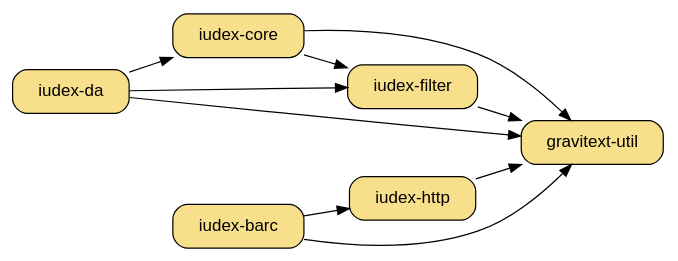
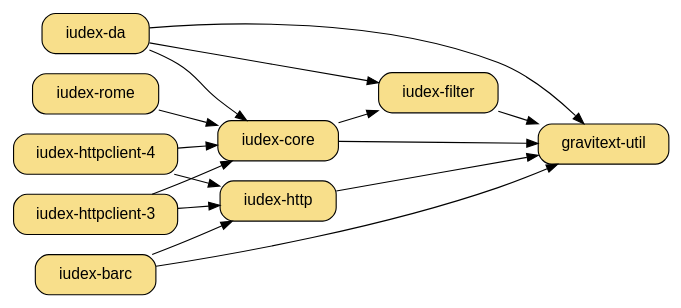
The diagram in www/_dot/iudex.dot (dekellum/iudex), drawn with Graphviz before and after one commit. The commit also changed 2 other files, not shown here.

```diff
--- a/www/_dot/iudex.dot
+++ b/www/_dot/iudex.dot
@@ -1,40 +1,48 @@
 digraph "iudex-gems" {
   rankdir=LR
   size="5.5,5";
   bgcolor="transparent";
   node [ shape=box, style="filled,rounded", fillcolor="#f8df8b",
          fontname="Arial",  margin="0.30,0.1" ];
 
-  "iudex-da" [ target=_parent, URL="../iudex-da.html" ];
-
   "iudex-filter" -> "gravitext-util"
-  "iudex-http"   -> "gravitext-util"
-  "iudex-barc"   -> "gravitext-util"
   "iudex-core"   -> "gravitext-util"
   "iudex-da"     -> "gravitext-util"
 
+  "iudex-da" [ target=_parent, URL="../iudex-da.html" ];
+
+  "iudex-rome" -> "iudex-core"
+
+  "iudex-http"   -> "gravitext-util"
+  "iudex-barc"   -> "gravitext-util"
   "iudex-barc" -> "iudex-http"
+
+  "iudex-httpclient-3" -> "iudex-core"
+  "iudex-httpclient-4" -> "iudex-core"
+
+  "iudex-httpclient-3" -> "iudex-http"
+  "iudex-httpclient-4" -> "iudex-http"
 
   "iudex-core" -> "iudex-filter"
 
   "iudex-da" -> "iudex-filter"
   "iudex-da" -> "iudex-core"
 
 #  "iudex-filter" -> "rjack-slf4j"
 #  "iudex-filter" -> "rjack-logback"
 #  "iudex-http" -> "rjack-slf4j"
 #  "iudex-barc" -> "rjack-slf4j"
 #  "iudex-core" -> "rjack-slf4j"
 #  "iudex-core" -> "rjack-logback"
 #  "iudex-da" -> "rjack-slf4j"
 
 #  "rjack-httpclient" -> "rjack-commons-codec";
 #  "rjack-httpclient" -> "rjack-logback" [ style=dashed, label="dev" ];
 #  "rjack-httpclient" -> "rjack-slf4j";
 
 #  "rjack-slf4j"   [ group=log ];
 #  "rjack-logback" [ group=log ];
 #  "rjack-logback" -> "rjack-slf4j";
 #  "rjack-commons-codec"   [ group=commons ];
 
 }
```
